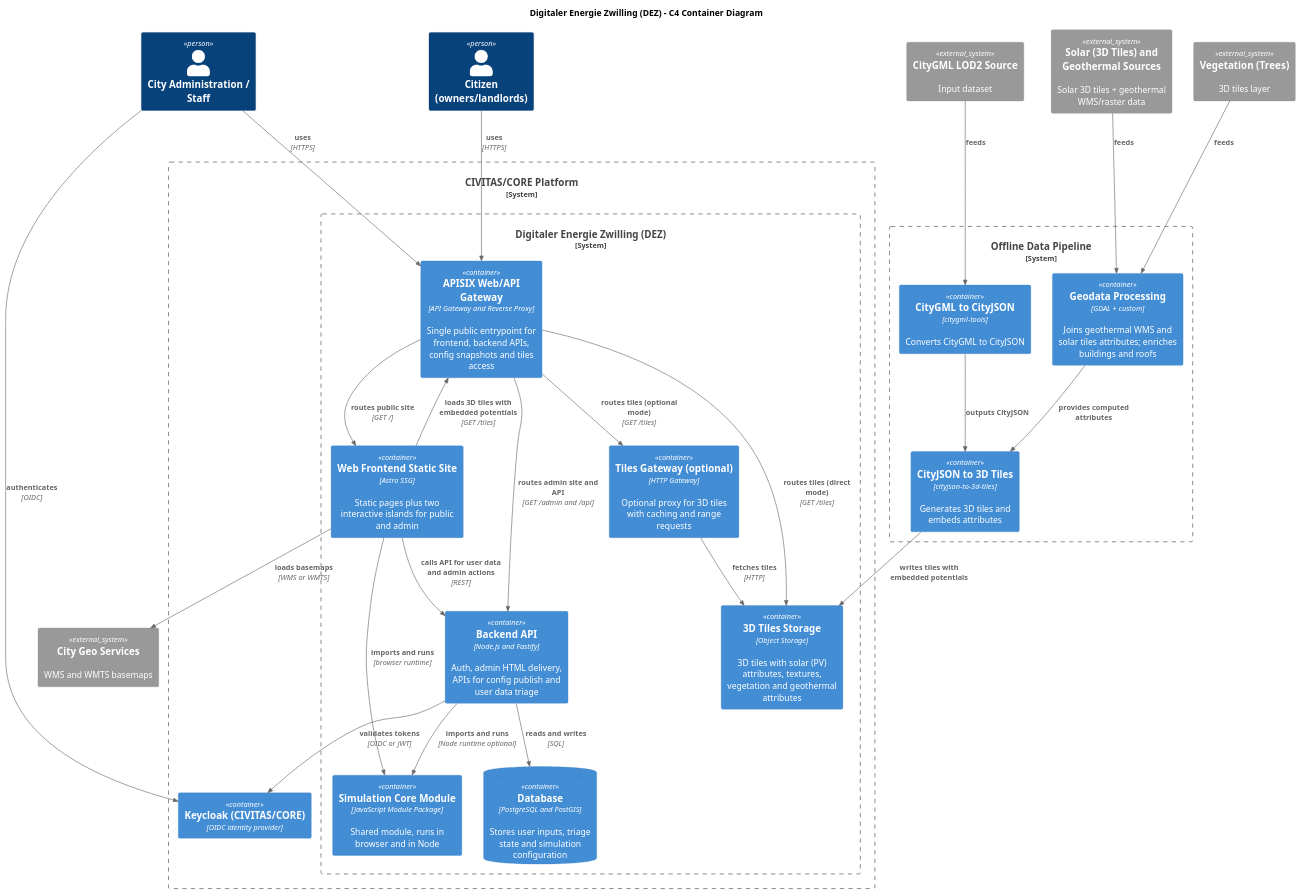
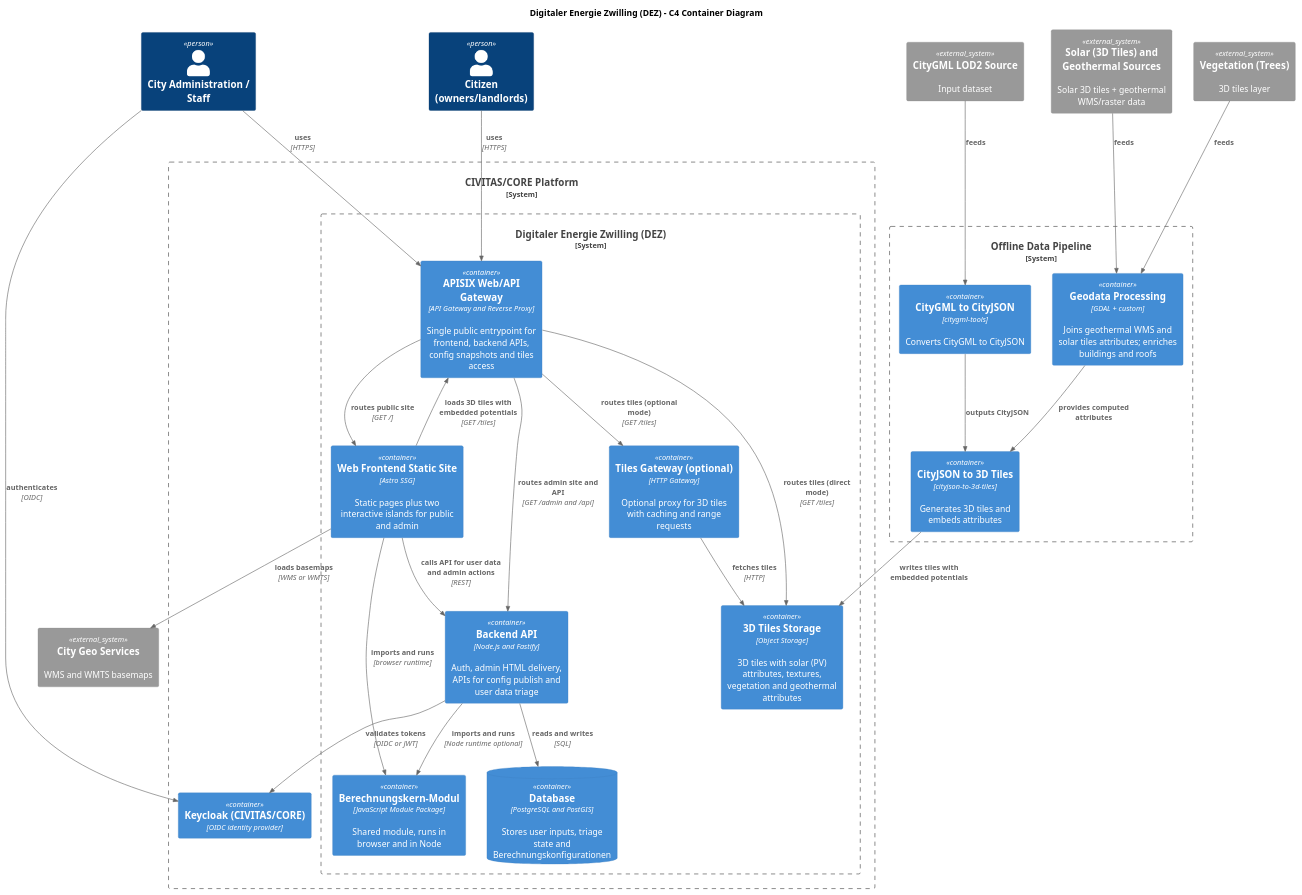
Before and after one commit to csi-FOXBYTE/Regensburg_DigitalerEnergieZwilling_Backend: the diagram in docs/architecture/raw/c4-container.puml, drawn with PlantUML. The commit also changed other lines of this file and 36 other files, not shown here.

Commit message:
change sim/simulation to calc/calculation

```diff
--- a/docs/architecture/raw/c4-container.puml
+++ b/docs/architecture/raw/c4-container.puml
@@ -1,68 +1,68 @@
 @startuml
 !includeurl https://raw.githubusercontent.com/plantuml-stdlib/C4-PlantUML/master/C4_Container.puml
 
 title Digitaler Energie Zwilling (DEZ) - C4 Container Diagram
 
 Person(citizen, "Citizen (owners/landlords)")
 Person(admin, "City Administration / Staff")
 
 System_Boundary(civitas, "CIVITAS/CORE Platform") {
   System_Boundary(det, "Digitaler Energie Zwilling (DEZ)") {
 
     Container(gateway, "APISIX Web/API Gateway", "API Gateway and Reverse Proxy", "Single public entrypoint for frontend, backend APIs, config snapshots and tiles access")
 
     Container(frontend, "Web Frontend Static Site", "Astro SSG", "Static pages plus two interactive islands for public and admin")
 
     Container(backend, "Backend API", "Node.js and Fastify", "Auth, admin HTML delivery, APIs for config publish and user data triage")
 
-    Container(simCore, "Simulation Core Module", "JavaScript Module Package", "Shared module, runs in browser and in Node")
+    Container(calcCore, "Berechnungskern-Modul", "JavaScript Module Package", "Shared module, runs in browser and in Node")
 
     Container(tilesGw, "Tiles Gateway (optional)", "HTTP Gateway", "Optional proxy for 3D tiles with caching and range requests")
     Container(tilesStore, "3D Tiles Storage", "Object Storage", "3D tiles with solar (PV) attributes, textures, vegetation and geothermal attributes")
 
-    ContainerDb(db, "Database", "PostgreSQL and PostGIS", "Stores user inputs, triage state and simulation configuration")
+    ContainerDb(db, "Database", "PostgreSQL and PostGIS", "Stores user inputs, triage state and Berechnungskonfigurationen")
   }
 
   Container(idp, "Keycloak (CIVITAS/CORE)", "OIDC identity provider")
 }
 System_Ext(geo, "City Geo Services", "WMS and WMTS basemaps")
 
 System_Ext(citygml, "CityGML LOD2 Source", "Input dataset")
 System_Ext(potentials, "Solar (3D Tiles) and Geothermal Sources", "Solar 3D tiles + geothermal WMS/raster data")
 System_Ext(vegetation, "Vegetation (Trees)", "3D tiles layer")
 
 System_Boundary(pipeline, "Offline Data Pipeline") {
   Container(citygmlTools, "CityGML to CityJSON", "citygml-tools", "Converts CityGML to CityJSON")
   Container(gdal, "Geodata Processing", "GDAL + custom", "Joins geothermal WMS and solar tiles attributes; enriches buildings and roofs")
   Container(tilesConv, "CityJSON to 3D Tiles", "cityjson-to-3d-tiles", "Generates 3D tiles and embeds attributes")
 }
 
 Rel(citizen, gateway, "uses", "HTTPS")
 Rel(admin, gateway, "uses", "HTTPS")
 
 Rel(gateway, frontend, "routes public site", "GET /")
 Rel(gateway, backend, "routes admin site and API", "GET /admin and /api")
 Rel(gateway, tilesGw, "routes tiles (optional mode)", "GET /tiles")
 Rel(gateway, tilesStore, "routes tiles (direct mode)", "GET /tiles")
 
 Rel(admin, idp, "authenticates", "OIDC")
 Rel(backend, idp, "validates tokens", "OIDC or JWT")
 
-Rel(frontend, simCore, "imports and runs", "browser runtime")
-Rel(backend, simCore, "imports and runs", "Node runtime optional")
+Rel(frontend, calcCore, "imports and runs", "browser runtime")
+Rel(backend, calcCore, "imports and runs", "Node runtime optional")
 
 Rel(frontend, geo, "loads basemaps", "WMS or WMTS")
 Rel(frontend, gateway, "loads 3D tiles with embedded potentials", "GET /tiles")
 Rel(tilesGw, tilesStore, "fetches tiles", "HTTP")
 
 Rel(backend, db, "reads and writes", "SQL")
 Rel(frontend, backend, "calls API for user data and admin actions", "REST")
 
 Rel(citygml, citygmlTools, "feeds")
 Rel(potentials, gdal, "feeds")
 Rel(vegetation, gdal, "feeds")
 Rel(citygmlTools, tilesConv, "outputs CityJSON")
 Rel(gdal, tilesConv, "provides computed attributes")
 Rel(tilesConv, tilesStore, "writes tiles with embedded potentials")
 
 @enduml
```
